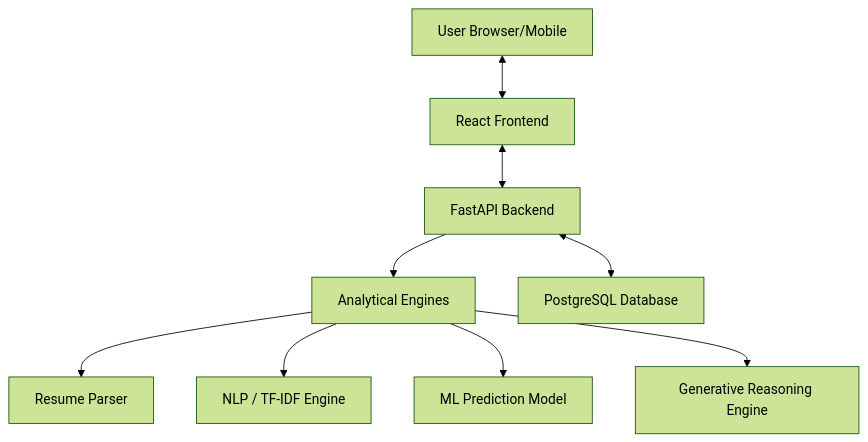
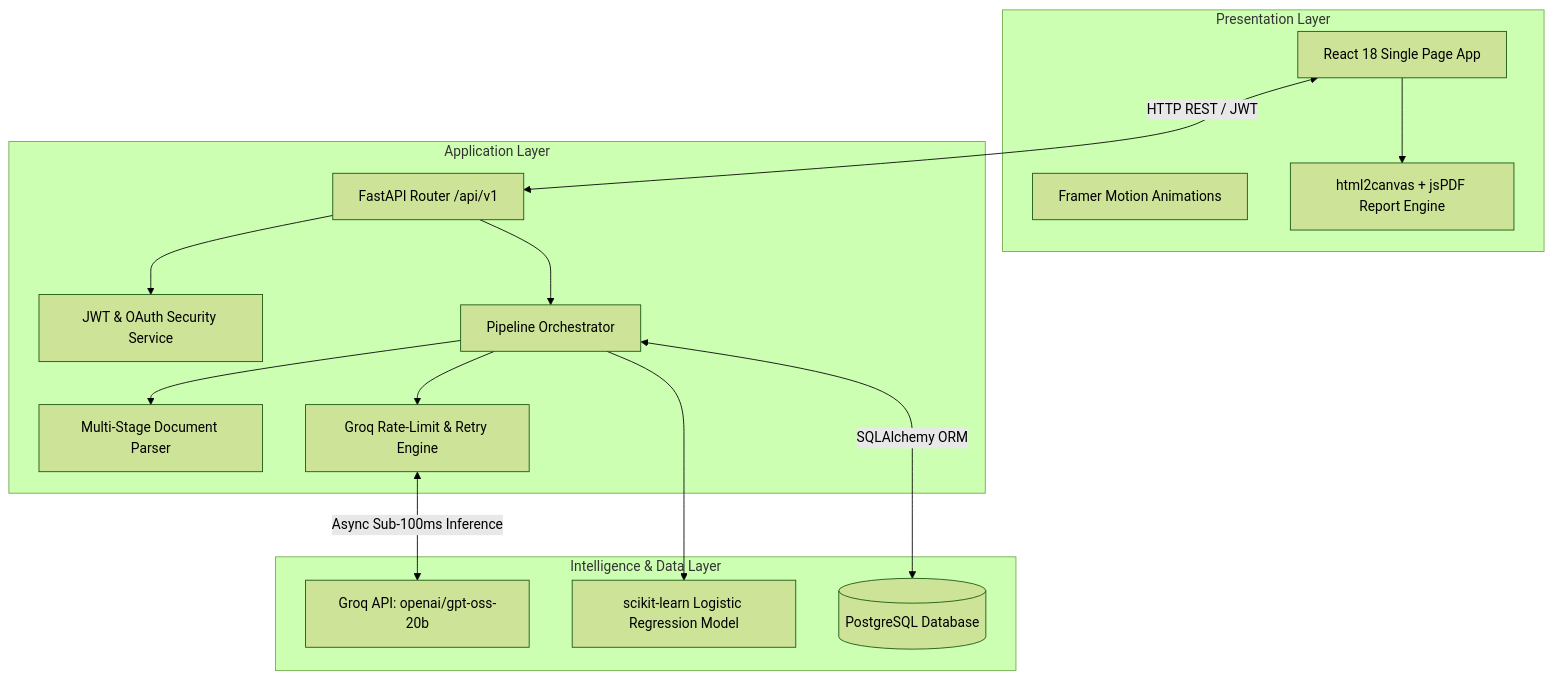
One commit to Kaifkhan1212/ResumeXAI2.0 changed the first of 2 diagrams in ARCHITECTURE.md. Above: the diagram before and after it, drawn with Mermaid (forest theme). The commit also changed other lines of this file and 12 other files, not shown here.

Commit message:
fix(pipeline): optimize LLM model to gpt-oss-20b, add 429 retry layer, multi-stage PDF parsing, and update docs

````diff
--- a/ARCHITECTURE.md
+++ b/ARCHITECTURE.md
@@ -15,11 +9,32 @@
 ```mermaid
 graph TD
-    A[User Browser/Mobile] <--> B[React Frontend]
-    B <--> C[FastAPI Backend]
-    C --> D[Analytical Engines]
-    D --> D1[Resume Parser]
-    D --> D2[NLP / TF-IDF Engine]
-    D --> D3[ML Prediction Model]
-    D --> D4[Generative Reasoning Engine]
-    C <--> E[PostgreSQL Database]
+    subgraph Presentation Layer
+        UI[React 18 Single Page App]
+        FM[Framer Motion Animations]
+        PDF[html2canvas + jsPDF Report Engine]
+    end
+
+    subgraph Application Layer
+        API[FastAPI Router /api/v1]
+        AUTH[JWT & OAuth Security Service]
+        PARSER[Multi-Stage Document Parser]
+        ORCH[Pipeline Orchestrator]
+        HELPER[Groq Rate-Limit & Retry Engine]
+    end
+
+    subgraph Intelligence & Data Layer
+        GROQ[Groq API: openai/gpt-oss-20b]
+        ML[scikit-learn Logistic Regression Model]
+        DB[(PostgreSQL Database)]
+    end
+
+    UI <-->|HTTP REST / JWT| API
+    API --> AUTH
+    API --> ORCH
+    ORCH --> PARSER
+    ORCH --> HELPER
+    HELPER <-->|Async Sub-100ms Inference| GROQ
+    ORCH --> ML
+    ORCH <-->|SQLAlchemy ORM| DB
+    UI --> PDF
 ```
````
